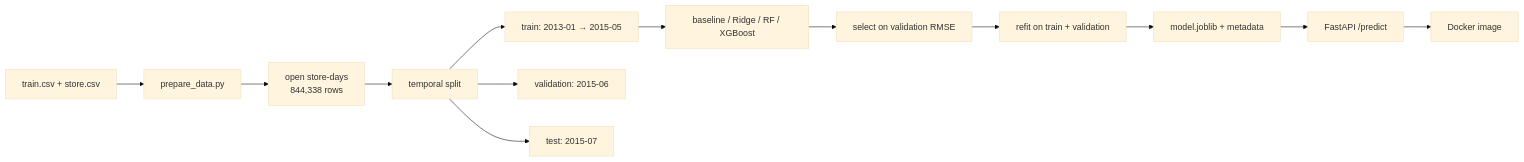
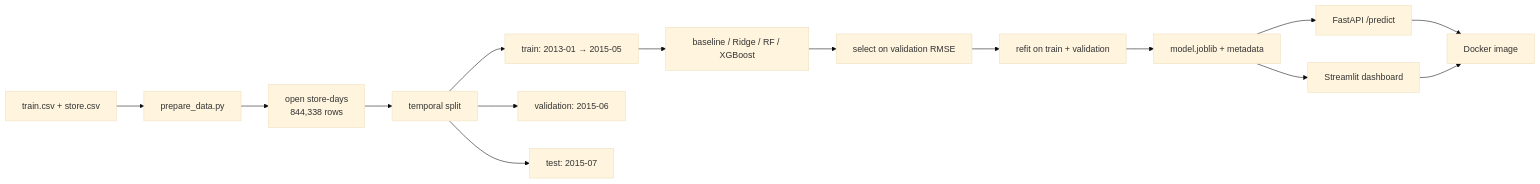
One commit to cancinoray/rossmann-sales-forecasting changed the diagram in README.md. Above: the diagram before and after it, drawn with Mermaid (base theme). The commit also changed other lines of this file and 19 other files, not shown here.

First line of the commit message:
Add Streamlit dashboard, shared serving layer, and guided notebook

````diff
--- a/README.md
+++ b/README.md
@@ -47,15 +47,17 @@
 ```mermaid
 flowchart LR
     A[train.csv + store.csv] --> B[prepare_data.py]
     B --> C[open store-days<br/>844,338 rows]
     C --> D[temporal split]
     D --> E[train: 2013-01 → 2015-05]
     D --> F[validation: 2015-06]
     D --> G[test: 2015-07]
     E --> H[baseline / Ridge / RF / XGBoost]
     H --> I[select on validation RMSE]
     I --> J[refit on train + validation]
     J --> K[model.joblib + metadata]
     K --> L[FastAPI /predict]
+    K --> N[Streamlit dashboard]
     L --> M[Docker image]
+    N --> M
 ```
````
